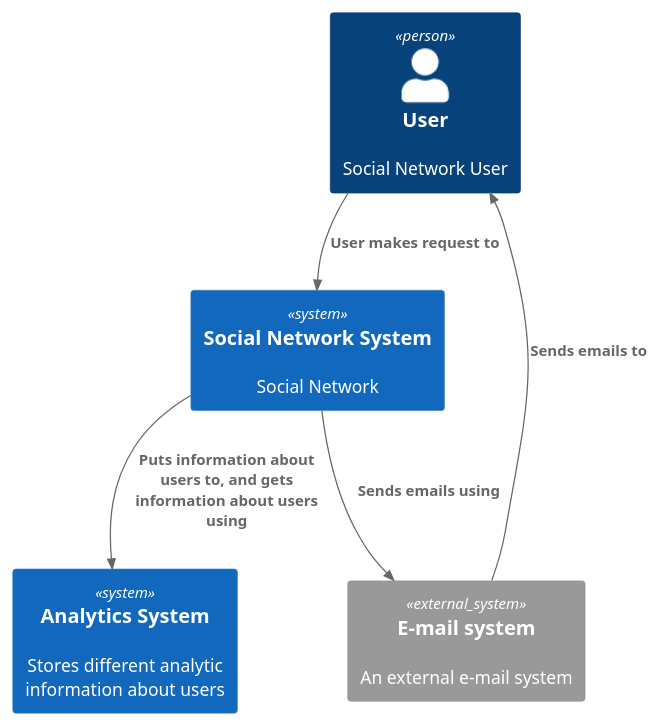
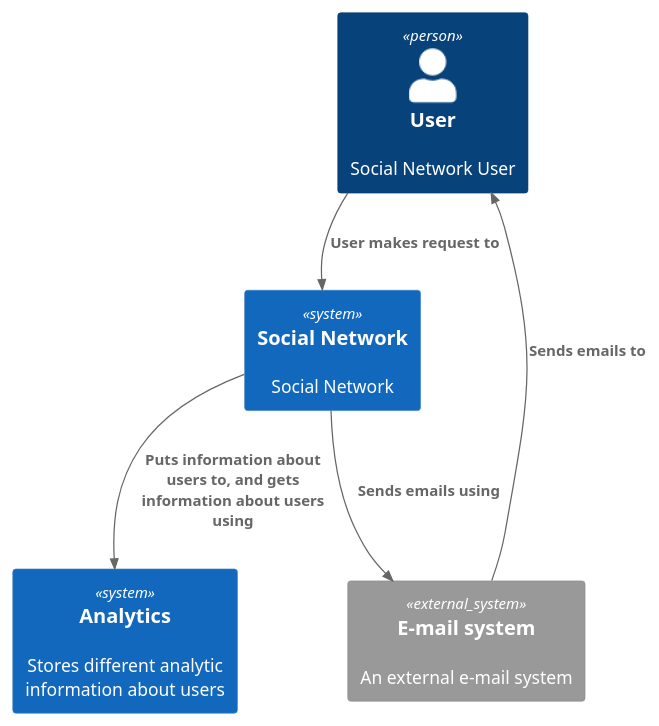
One commit to chistyakoviv/social_network_system_design changed the diagram in architecture/context.puml. Above: the diagram before and after it, drawn with PlantUML. The commit also changed 5 other files, not shown here.

Commit message:
feat: add analytics system container diagram

```diff
--- a/architecture/context.puml
+++ b/architecture/context.puml
@@ -1,13 +1,13 @@
 @startuml
 !include https://raw.githubusercontent.com/plantuml-stdlib/C4-PlantUML/master/C4_Container.puml
 
 Person(user, "User", "Social Network User")
-System(socialNetwork, "Social Network System", "Social Network")
-System(analytics, "Analytics System", "Stores different analytic information about users")
+System(socialNetwork, "Social Network", "Social Network")
+System(analytics, "Analytics", "Stores different analytic information about users")
 System_Ext(email, "E-mail system", "An external e-mail system")
 
 Rel(user, socialNetwork, "User makes request to")
 Rel(socialNetwork, analytics, "Puts information about users to, and gets information about users using")
 Rel(socialNetwork, email, "Sends emails using")
 Rel(email, user, "Sends emails to")
 @enduml
```
